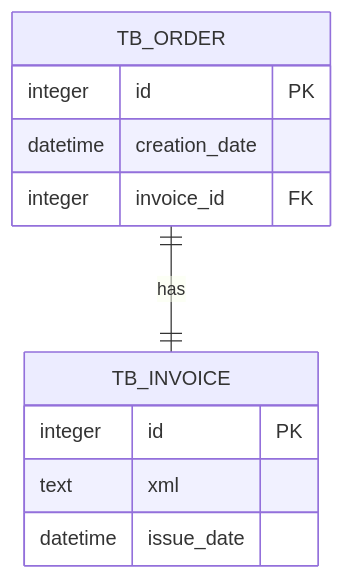
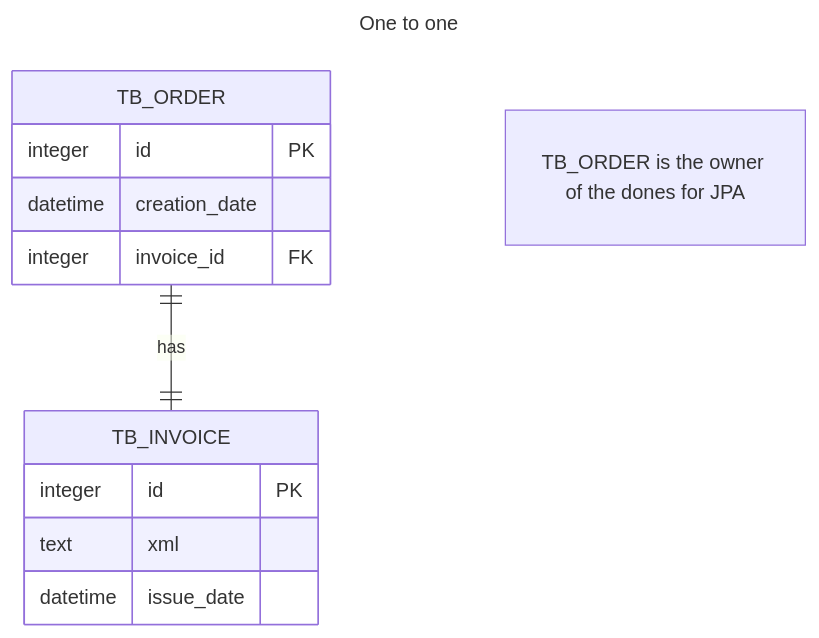
Before and after one commit to mario1980miranda/jpa-hibernate6: the third of 5 diagrams in JPA-Relationship-Mappings.md, drawn with Mermaid. The commit also changed other lines of this file and 1 other file, not shown here.

Commit message:
One to one with JoinTable

````diff
--- a/JPA-Relationship-Mappings.md
+++ b/JPA-Relationship-Mappings.md
@@ -95,14 +95,18 @@
 ```mermaid
+---
+title: One to one
+---
 erDiagram
     TB_ORDER ||--|| TB_INVOICE : has
+    "TB_ORDER is the owner of the dones for JPA"
     TB_ORDER {
         integer id PK
         datetime creation_date
         integer invoice_id FK
     }
     TB_INVOICE {
         integer id PK
         text xml
         datetime issue_date
     }
 ```
````
